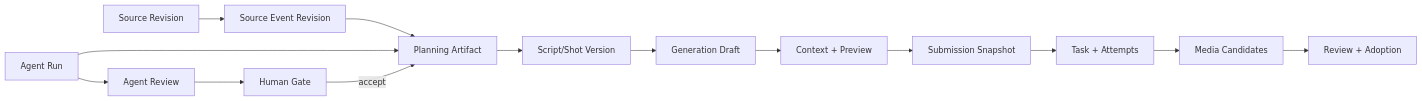
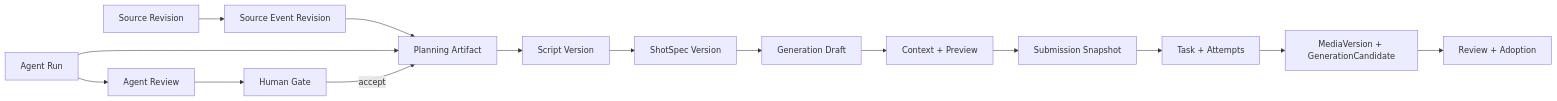
The first of 2 diagrams in docs/design/ARCH-003-AI策划与生成任务架构设计.md (StephenQiu30/lanverse), drawn with Mermaid before and after one commit. The commit also changed other lines of this file and 14 other files, not shown here.

````diff
--- a/docs/design/ARCH-003-AI策划与生成任务架构设计.md
+++ b/docs/design/ARCH-003-AI策划与生成任务架构设计.md
@@ -58,16 +58,17 @@
 ```mermaid
 flowchart LR
     SRC["Source Revision"] --> EVT["Source Event Revision"]
     EVT --> PLAN["Planning Artifact"]
-    PLAN --> SCRIPT["Script/Shot Version"]
+    PLAN --> SCRIPT["Script Version"]
+    SCRIPT --> SHOT["ShotSpec Version"]
     AR["Agent Run"] --> PLAN
     AR --> RV["Agent Review"]
     RV --> HG["Human Gate"]
     HG -->|"accept"| PLAN
-    SCRIPT --> DRAFT["Generation Draft"]
+    SHOT --> DRAFT["Generation Draft"]
     DRAFT --> PREVIEW["Context + Preview"]
     PREVIEW --> SNAP["Submission Snapshot"]
     SNAP --> TASK["Task + Attempts"]
-    TASK --> MEDIA["Media Candidates"]
+    TASK --> MEDIA["MediaVersion + GenerationCandidate"]
     MEDIA --> DEC["Review + Adoption"]
 ```
````
